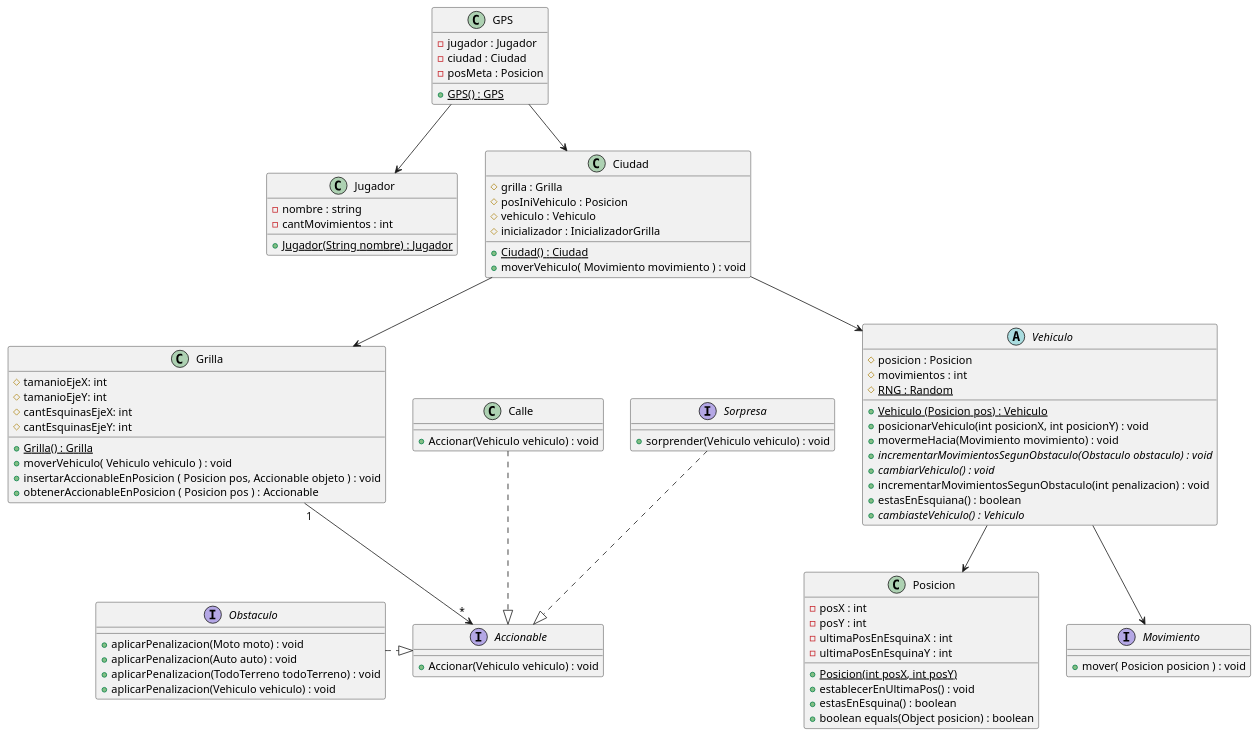
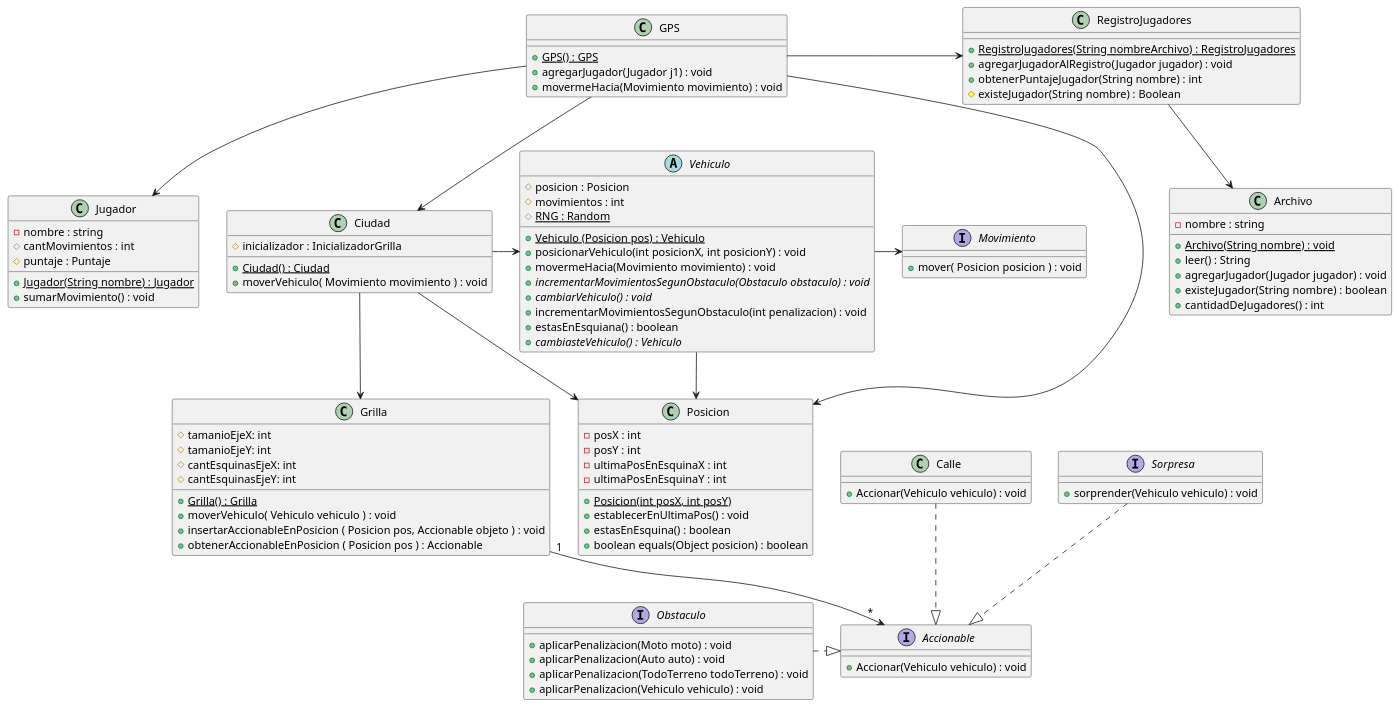
Before and after one commit to kikiymini/algo3_tp2: the diagram in Entrega4/DiagramaDeClases/DiagramaDeClases.puml, drawn with PlantUML. The commit also changed 4 other files, not shown here.

Commit message:
Arreglo uml

```diff
--- a/Entrega4/DiagramaDeClases/DiagramaDeClases.puml
+++ b/Entrega4/DiagramaDeClases/DiagramaDeClases.puml
@@ -1,108 +1,124 @@
 @startuml
     'https://plantuml.com/class-diagram
 
     class Grilla{
         # tamanioEjeX: int
         # tamanioEjeY: int
         # cantEsquinasEjeX: int
         # cantEsquinasEjeY: int
-
         + {static} Grilla() : Grilla
         + moverVehiculo( Vehiculo vehiculo ) : void
         + insertarAccionableEnPosicion ( Posicion pos, Accionable objeto ) : void
         + obtenerAccionableEnPosicion ( Posicion pos ) : Accionable
     }
 
+    class Archivo{
+        - nombre : string
+        + {static} Archivo(String nombre) : void
+        + leer() : String
+        + agregarJugador(Jugador jugador) : void
+        + existeJugador(String nombre) : boolean
+        + cantidadDeJugadores() : int
+    }
+
     class GPS {
-        - jugador : Jugador
-        - ciudad : Ciudad
-        - posMeta : Posicion
         + {static} GPS() : GPS
+        + agregarJugador(Jugador j1) : void
+        + movermeHacia(Movimiento movimiento) : void
+    }
+
+    class RegistroJugadores{
+        + {static} RegistroJugadores(String nombreArchivo) : RegistroJugadores
+        + agregarJugadorAlRegistro(Jugador jugador) : void
+        + obtenerPuntajeJugador(String nombre) : int
+        # existeJugador(String nombre) : Boolean
     }
 
     class Jugador{
         - nombre : string
-        - cantMovimientos : int
+        # cantMovimientos : int
+        # puntaje : Puntaje
         + {static} Jugador(String nombre) : Jugador
+        + sumarMovimiento() : void
     }
 
     abstract Vehiculo{
 
         # posicion : Posicion
         # movimientos : int
         # {static} RNG : Random
 
         + {static} Vehiculo (Posicion pos) : Vehiculo
         + posicionarVehiculo(int posicionX, int posicionY) : void
         + movermeHacia(Movimiento movimiento) : void
         + {abstract} incrementarMovimientosSegunObstaculo(Obstaculo obstaculo) : void
         + {abstract} cambiarVehiculo() : void
         + incrementarMovimientosSegunObstaculo(int penalizacion) : void
         + estasEnEsquiana() : boolean
         + {abstract} cambiasteVehiculo() : Vehiculo
     }
 
     interface Accionable{
         + Accionar(Vehiculo vehiculo) : void
     }
 
     class Calle{
         + Accionar(Vehiculo vehiculo) : void
     }
 
     class Ciudad{
-        # grilla : Grilla
-        # posIniVehiculo : Posicion
-        # vehiculo : Vehiculo
         # inicializador : InicializadorGrilla
         + {static} Ciudad() : Ciudad
         + moverVehiculo( Movimiento movimiento ) : void
     }
 
     class Posicion{
         - posX : int
         - posY : int
         - ultimaPosEnEsquinaX : int
         - ultimaPosEnEsquinaY : int
 
         + {static} Posicion(int posX, int posY)
         + establecerEnUltimaPos() : void
         + estasEnEsquina() : boolean
         + boolean equals(Object posicion) : boolean
     }
 
     interface Sorpresa{
         + sorprender(Vehiculo vehiculo) : void
     }
 
 
     interface Obstaculo{
         + aplicarPenalizacion(Moto moto) : void
         + aplicarPenalizacion(Auto auto) : void
         + aplicarPenalizacion(TodoTerreno todoTerreno) : void
         + aplicarPenalizacion(Vehiculo vehiculo) : void
     }
 
 
     GPS --> Jugador
     GPS --> Ciudad
     Vehiculo --> Posicion
 
     Grilla "1" --> "*" Accionable
-    Ciudad --> Vehiculo
+    Ciudad -> Vehiculo
     Ciudad --> Grilla
 
 
     Sorpresa ..|> Accionable
     Obstaculo .|> Accionable
 
     Calle ..|> Accionable
 
     interface Movimiento{
         +mover( Posicion posicion ) : void
     }
 
-
-    Vehiculo --> Movimiento
+    Vehiculo -> Movimiento
+    GPS -> RegistroJugadores
+    RegistroJugadores --> Archivo
+    Ciudad -> Posicion
+    GPS -> Posicion
 
 @enduml
```
